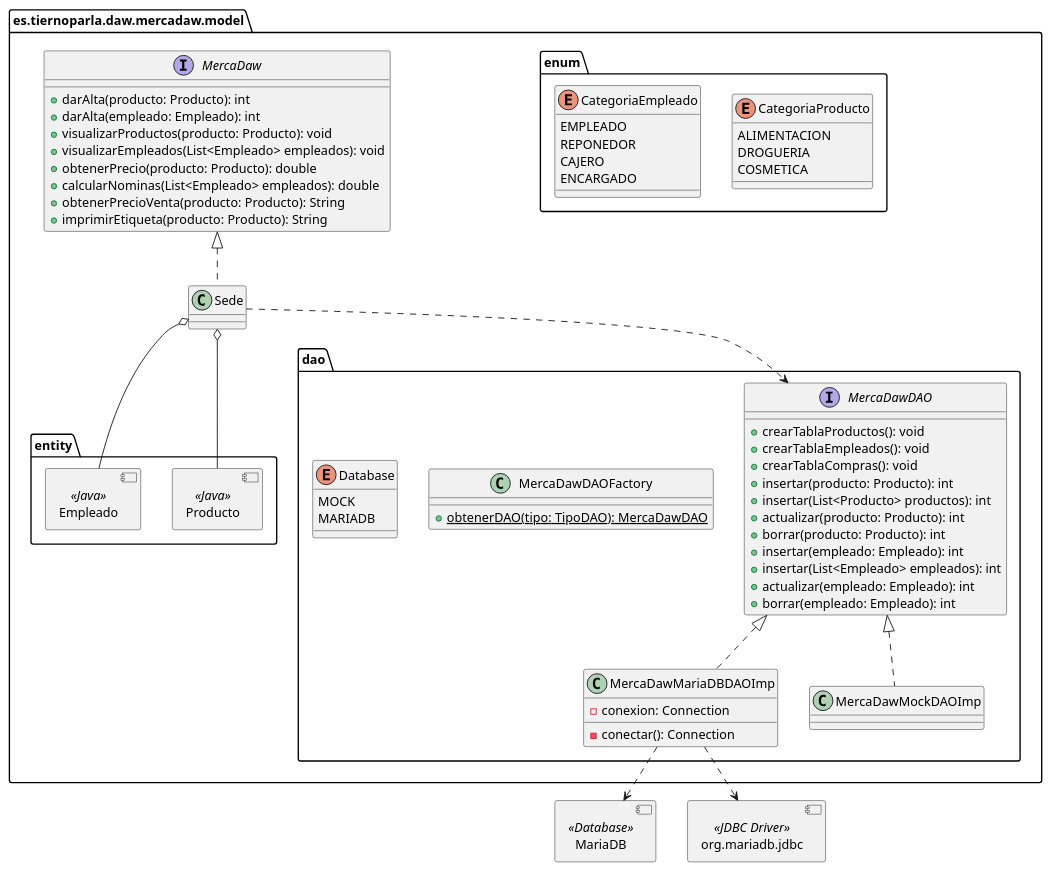
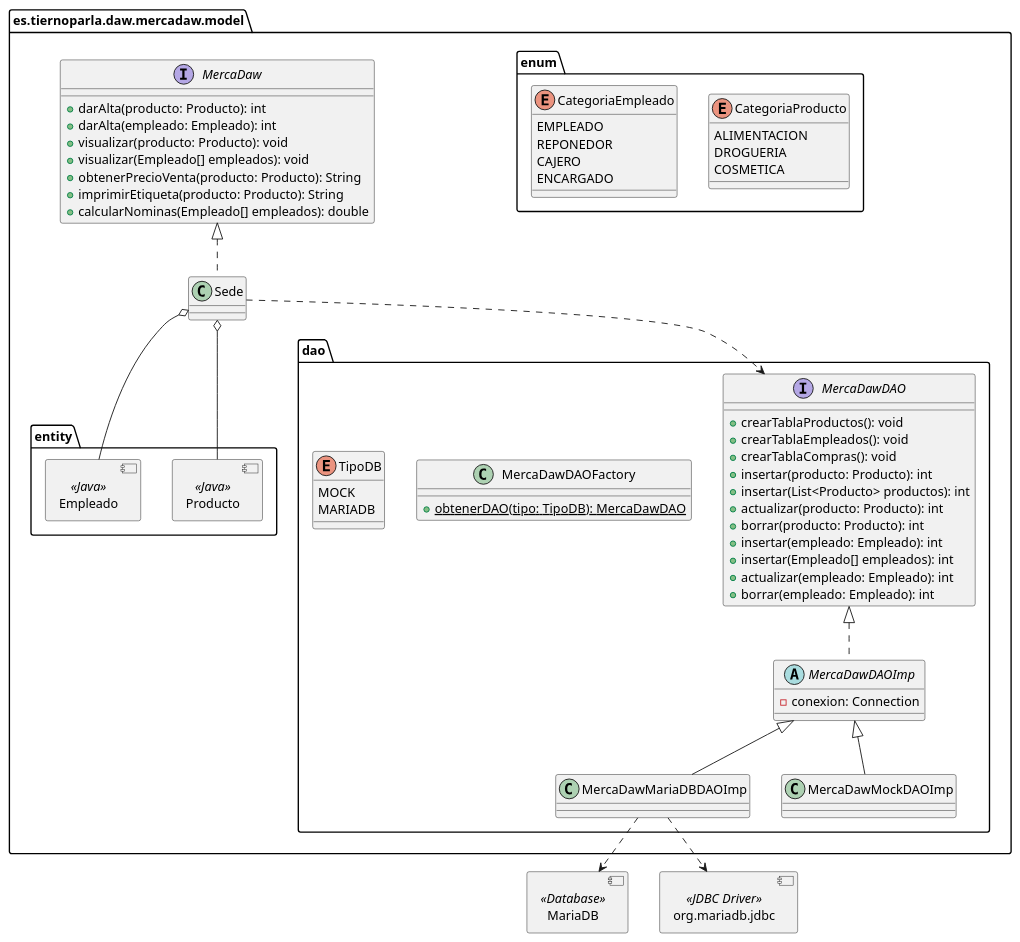
Before and after one commit to adrils16/MercaDawFinal: the diagram in design/Diagramas/Clases/DiagramaClasesModel.pu, drawn with PlantUML. The commit also changed 12 other files, not shown here.

Commit message:
Avanzado el modelo y modificado el diagrama

```diff
--- a/design/Diagramas/Clases/DiagramaClasesModel.pu
+++ b/design/Diagramas/Clases/DiagramaClasesModel.pu
@@ -1,95 +1,100 @@
 @startuml Diagrama clases Model
 ' left to right direction
 set namespaceSeparator none
 allow_mixing
 
 package es.tiernoparla.daw.mercadaw.model {
 
     package enum{
 
         enum CategoriaProducto {
             ALIMENTACION
             DROGUERIA
             COSMETICA
         }
 
         enum CategoriaEmpleado {
             EMPLEADO
             REPONEDOR
             CAJERO
             ENCARGADO
         }
     }
 
     interface MercaDaw {
         +darAlta(producto: Producto): int
         +darAlta(empleado: Empleado): int
-        +visualizarProductos(producto: Producto): void
-        +visualizarEmpleados(List<Empleado> empleados): void
-        +obtenerPrecio(producto: Producto): double
-        +calcularNominas(List<Empleado> empleados): double
+        +visualizar(producto: Producto): void
+        +visualizar(Empleado[] empleados): void
         +obtenerPrecioVenta(producto: Producto): String
         +imprimirEtiqueta(producto: Producto): String
+        +calcularNominas(Empleado[] empleados): double
     }
 
     class Sede {
 
     }
 
     package entity {
         component Producto <<Java>>
         component Empleado <<Java>>
 
     }
 
     Sede o-- Producto
     Sede o-- Empleado
 
     MercaDaw <|.. Sede
 
     package dao {
         interface MercaDawDAO {
             +crearTablaProductos(): void
             +crearTablaEmpleados(): void
             +crearTablaCompras(): void
             +insertar(producto: Producto): int
             +insertar(List<Producto> productos): int
             +actualizar(producto: Producto): int
             +borrar(producto: Producto): int
             +insertar(empleado: Empleado): int
-            +insertar(List<Empleado> empleados): int
+            +insertar(Empleado[] empleados): int
             +actualizar(empleado: Empleado): int
             +borrar(empleado: Empleado): int
         }
 
+        abstract class MercaDawDAOImp {
+            -conexion: Connection
+            '-conectar(): Connection
+        }
+
         class MercaDawMariaDBDAOImp {
-            -conexion: Connection
-            -conectar(): Connection
+            
         }
+        
 
         class MercaDawMockDAOImp
 
         class MercaDawDAOFactory {
-            +{static}obtenerDAO(tipo: TipoDAO): MercaDawDAO
+            +{static}obtenerDAO(tipo: TipoDB): MercaDawDAO
         }
 
-        enum Database {
+        enum TipoDB {
             MOCK
             MARIADB
         }
 
-        MercaDawDAO <|.. MercaDawMariaDBDAOImp
-        MercaDawDAO <|.. MercaDawMockDAOImp
+        MercaDawDAO <|.. MercaDawDAOImp
+        MercaDawDAOImp <|-- MercaDawMariaDBDAOImp
+        MercaDawDAOImp <|-- MercaDawMockDAOImp
 
     }
 }
 
 component MariaDB <<Database>>
 component org.mariadb.jdbc <<JDBC Driver>>
 
 MercaDawMariaDBDAOImp ..> MariaDB
 MercaDawMariaDBDAOImp ..> org.mariadb.jdbc
 
 Sede ..> MercaDawDAO
 
 @enduml
```
